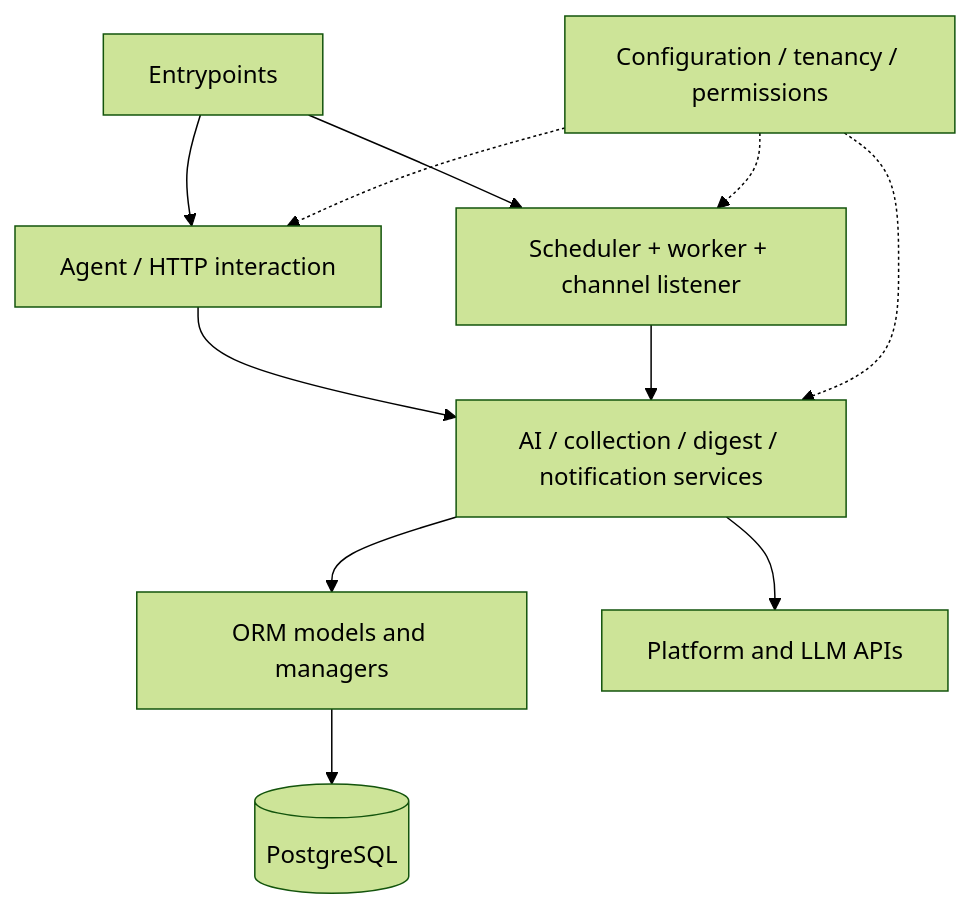
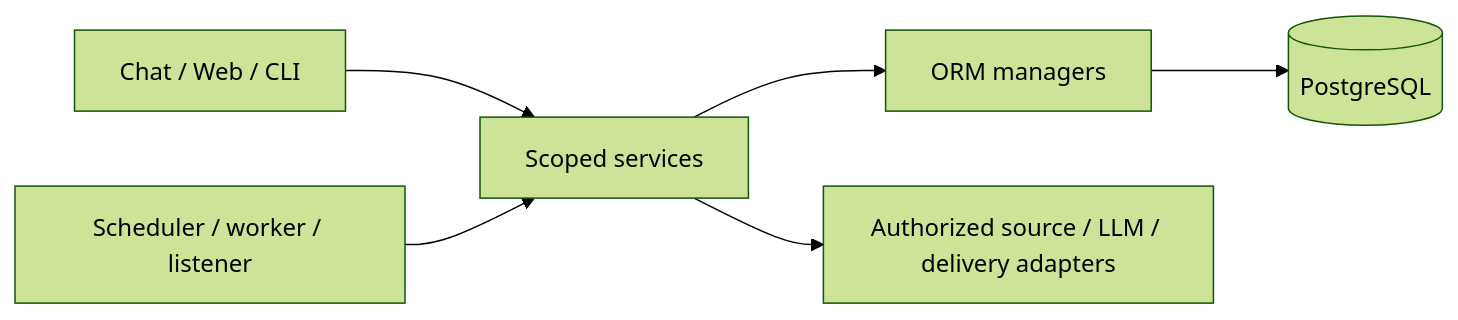
Before and after one commit to Starck43/social-media-ai: the diagram in docs/PROJECT_MAP.md, drawn with Mermaid (forest theme). The commit also changed other lines of this file and 126 other files, not shown here.

````diff
--- a/docs/PROJECT_MAP.md
+++ b/docs/PROJECT_MAP.md
@@ -49,13 +22,8 @@
 ```mermaid
-flowchart TB
-    Entry[Entrypoints] --> Agent[Agent / HTTP interaction]
-    Entry --> Runtime[Scheduler + worker + channel listener]
-    Agent --> Services[AI / collection / digest / notification services]
-    Runtime --> Services
-    Services --> Models[ORM models and managers]
-    Models --> DB[(PostgreSQL)]
-    Services --> Ext[Platform and LLM APIs]
-    Core[Configuration / tenancy / permissions] -.-> Agent
-    Core -.-> Runtime
-    Core -.-> Services
+flowchart LR
+  Entry[Chat / Web / CLI] --> Services[Scoped services]
+  Runtime[Scheduler / worker / listener] --> Services
+  Services --> Managers[ORM managers]
+  Managers --> DB[(PostgreSQL)]
+  Services --> External[Authorized source / LLM / delivery adapters]
 ```
````
